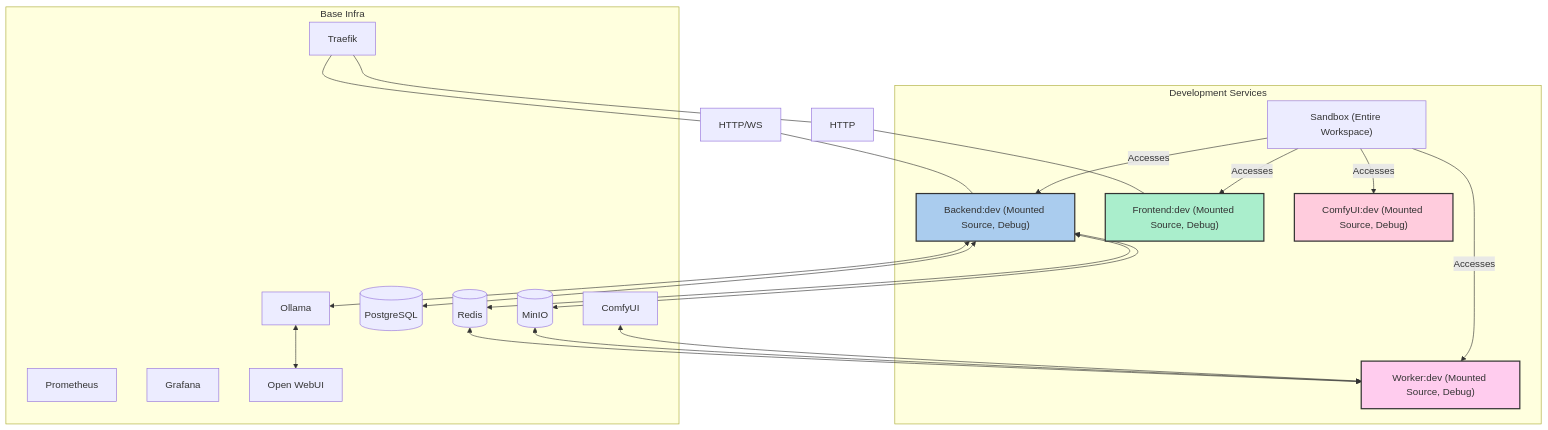
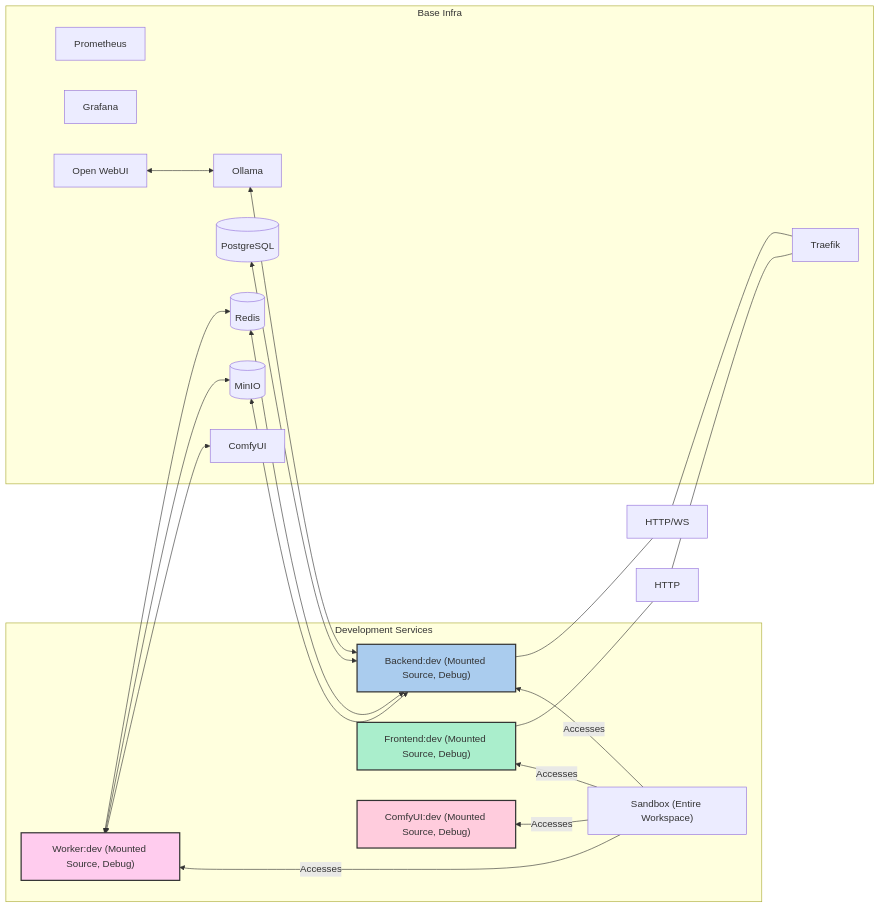
One commit to ktzevani/myspinbot changed the second of 7 diagrams in docs/02_architecture_overview.md. Above: the diagram before and after it, drawn with Mermaid. The commit also changed other lines of this file and 1 other file, not shown here.

````diff
--- a/docs/02_architecture_overview.md
+++ b/docs/02_architecture_overview.md
@@ -101,44 +101,44 @@
 ```mermaid
-graph TD
+graph RL
     subgraph Base Infra
         T[Traefik]
         REDIS[(Redis)]
         POSTGRES[(PostgreSQL)]
         MINIO[(MinIO)]
         PROM[Prometheus]
         GRAFANA[Grafana]
         OLLAMA[Ollama]
         OPENWEBUI[Open WebUI]
         COMFYUI[ComfyUI]
     end
 
     subgraph Development Services
         API_DEV["Backend:dev (Mounted Source, Debug)"]
         UI_DEV["Frontend:dev (Mounted Source, Debug)"]
         WORKER_DEV["Worker:dev (Mounted Source, Debug)"]
         COMFYUI_DEV["ComfyUI:dev (Mounted Source, Debug)"]
         SANDBOX["Sandbox (Entire Workspace)"]
     end
 
     T --- HTTP/WS --- API_DEV
     T --- HTTP --- UI_DEV
     API_DEV <--> REDIS
     API_DEV <--> POSTGRES
     API_DEV <--> MINIO
     API_DEV <--> OLLAMA
 
     REDIS <--> WORKER_DEV
     MINIO <--> WORKER_DEV
     COMFYUI <--> WORKER_DEV
     OLLAMA <--> OPENWEBUI
 
     SANDBOX -- Accesses --> API_DEV
     SANDBOX -- Accesses --> UI_DEV
     SANDBOX -- Accesses --> WORKER_DEV
     SANDBOX -- Accesses --> COMFYUI_DEV
 
     style API_DEV fill:#ace,stroke:#333,stroke-width:2px
     style UI_DEV fill:#aec,stroke:#333,stroke-width:2px
     style WORKER_DEV fill:#fce,stroke:#333,stroke-width:2px
     style COMFYUI_DEV fill:#fcd,stroke:#333,stroke-width:2px
 ```
````
